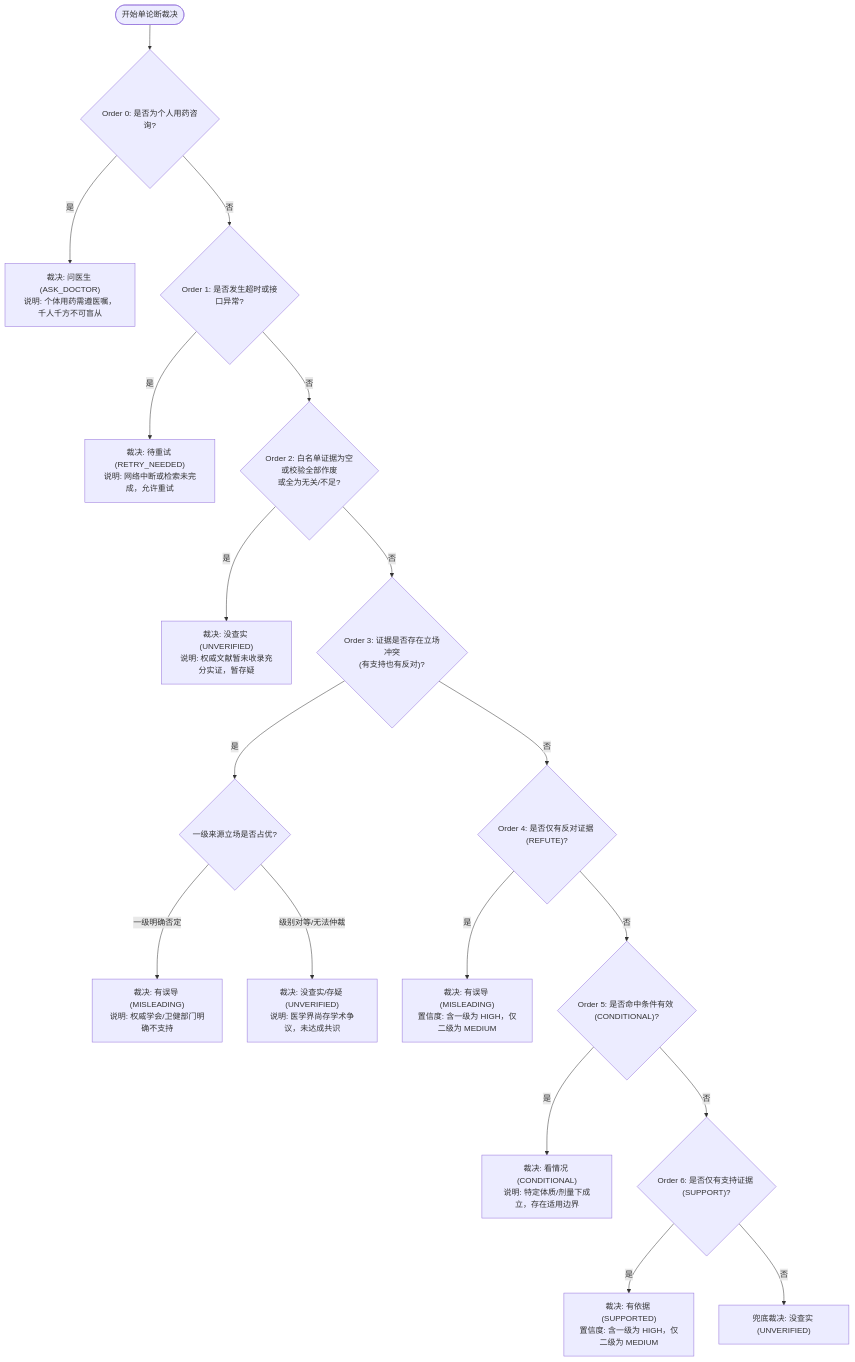
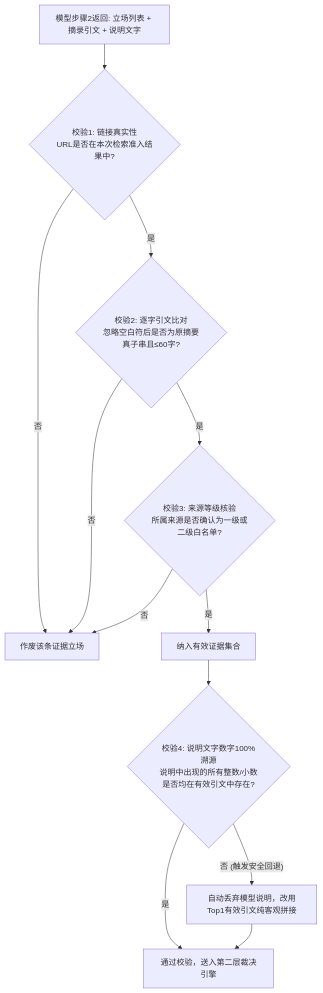
One commit to yjiace/familydoc-sentinel changed the fifth of 5 diagrams in README.md. Above: the diagram before and after it, drawn with Mermaid. The commit also changed other lines of this file and 15 other files, not shown here.

Commit message:
增加图片解析功能

````diff
--- a/README.md
+++ b/README.md
@@ -255,20 +252,14 @@
 ```mermaid
-graph TD
-    Start(["开始单论断裁决"]) --> R0{"Order 0: 是否为个人用药咨询?"}
-    R0 -- "是" --> V0["裁决: 问医生 (ASK_DOCTOR)<br/>说明: 个体用药需遵医嘱，千人千方不可盲从"]
-    R0 -- "否" --> R1{"Order 1: 是否发生超时或接口异常?"}
-    R1 -- "是" --> V1["裁决: 待重试 (RETRY_NEEDED)<br/>说明: 网络中断或检索未完成，允许重试"]
-    R1 -- "否" --> R2{"Order 2: 白名单证据为空<br/>或校验全部作废<br/>或全为无关/不足?"}
-    R2 -- "是" --> V2["裁决: 没查实 (UNVERIFIED)<br/>说明: 权威文献暂未收录充分实证，暂存疑"]
-    R2 -- "否" --> R3{"Order 3: 证据是否存在立场冲突<br/>(有支持也有反对)?"}
-    R3 -- "是" --> C3{"一级来源立场是否占优?"}
-    C3 -- "一级明确否定" --> V3A["裁决: 有误导 (MISLEADING)<br/>说明: 权威学会/卫健部门明确不支持"]
-    C3 -- "级别对等/无法仲裁" --> V3B["裁决: 没查实/存疑 (UNVERIFIED)<br/>说明: 医学界尚存学术争议，未达成共识"]
-    R3 -- "否" --> R4{"Order 4: 是否仅有反对证据 (REFUTE)?"}
-    R4 -- "是" --> V4["裁决: 有误导 (MISLEADING)<br/>置信度: 含一级为 HIGH，仅二级为 MEDIUM"]
-    R4 -- "否" --> R5{"Order 5: 是否命中条件有效 (CONDITIONAL)?"}
-    R5 -- "是" --> V5["裁决: 看情况 (CONDITIONAL)<br/>说明: 特定体质/剂量下成立，存在适用边界"]
-    R5 -- "否" --> R6{"Order 6: 是否仅有支持证据 (SUPPORT)?"}
-    R6 -- "是" --> V6["裁决: 有依据 (SUPPORTED)<br/>置信度: 含一级为 HIGH，仅二级为 MEDIUM"]
-    R6 -- "否" --> Fallback["兜底裁决: 没查实 (UNVERIFIED)"]
+flowchart TD
+    Out["模型步骤2返回: 立场列表 + 摘录引文 + 说明文字"] --> C1{"校验1: 链接真实性<br/>URL是否在本次检索准入结果中?"}
+    C1 -- "否" --> Drop["作废该条证据立场"]
+    C1 -- "是" --> C2{"校验2: 逐字引文比对<br/>忽略空白符后是否为原摘要真子串且≤60字?"}
+    C2 -- "否" --> Drop
+    C2 -- "是" --> C3{"校验3: 来源等级核验<br/>所属来源是否确认为一级或二级白名单?"}
+    C3 -- "否" --> Drop
+    C3 -- "是" --> Keep["纳入有效证据集合"]
+    Keep --> C4{"校验4: 说明文字数字100%溯源<br/>说明中出现的所有整数/小数是否均在有效引文中存在?"}
+    C4 -- "是" --> Pass["通过校验，送入第二层裁决引擎"]
+    C4 -- "否 (触发安全回退)" --> Fallback["自动丢弃模型说明，改用Top1有效引文纯客观拼接"]
+    Fallback --> Pass
 ```
````
